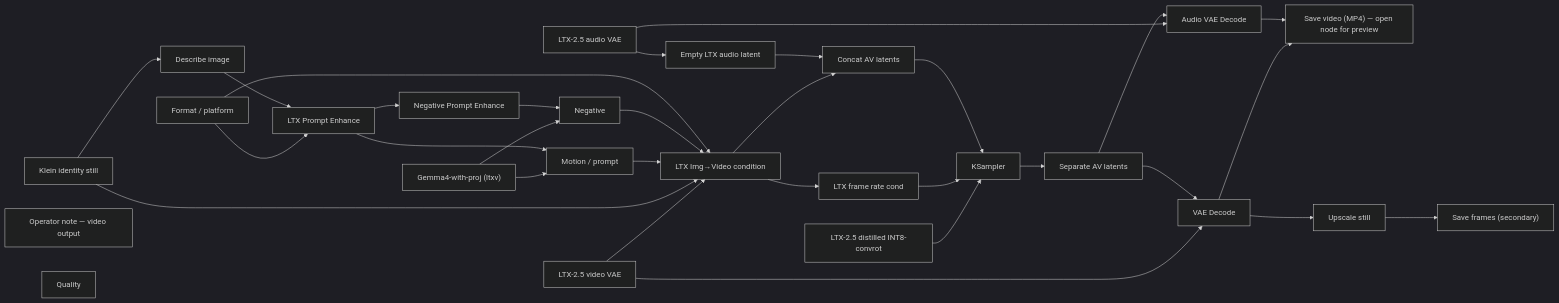
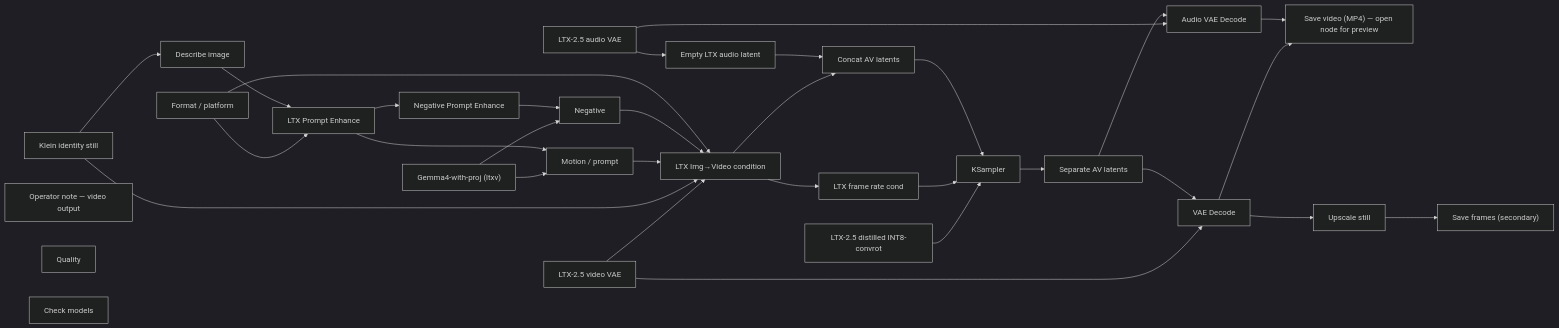
One commit to toxicoder/ez-comfy-stack changed the diagram in docs/generated/workflows/stills/talking-head.md. Above: the diagram before and after it, drawn with Mermaid (dark theme). The commit also changed other lines of this file and 1106 other files, not shown here.

First line of the commit message:
feat: add Check models node to every lab App

````diff
--- a/docs/generated/workflows/stills/talking-head.md
+++ b/docs/generated/workflows/stills/talking-head.md
@@ -52,56 +52,57 @@
 ```mermaid
 flowchart LR
   N1["LTX-2.5 distilled INT8-convrot"]
   N2["LTX-2.5 video VAE"]
   N3["Gemma4-with-proj (ltxv)"]
   N4["Klein identity still"]
   N5["Motion / prompt"]
   N6["Negative"]
   N7["LTX Img→Video condition"]
   N8["LTX frame rate cond"]
   N9["KSampler"]
   N10["VAE Decode"]
   N12["Save frames (secondary)"]
   N13["LTX-2.5 audio VAE"]
   N14["Empty LTX audio latent"]
   N15["Concat AV latents"]
   N16["Separate AV latents"]
   N17["Operator note — video output"]
   N18["Save video (MP4) — open node for preview"]
   N19["LTX Prompt Enhance"]
   N20["Audio VAE Decode"]
   N21["Negative Prompt Enhance"]
   N22["Quality"]
   N23["Format / platform"]
   N24["Upscale still"]
   N25["Describe image"]
+  N26["Check models"]
   N1 --> N9
   N2 --> N7
   N2 --> N10
   N3 --> N5
   N3 --> N6
   N4 --> N7
   N4 --> N25
   N5 --> N7
   N6 --> N7
   N7 --> N8
   N7 --> N15
   N8 --> N9
   N9 --> N16
   N10 --> N18
   N10 --> N24
   N13 --> N14
   N13 --> N20
   N14 --> N15
   N15 --> N9
   N16 --> N10
   N16 --> N20
   N19 --> N5
   N19 --> N21
   N20 --> N18
   N21 --> N6
   N23 --> N7
   N23 --> N19
   N24 --> N12
   N25 --> N19
 ```
````
